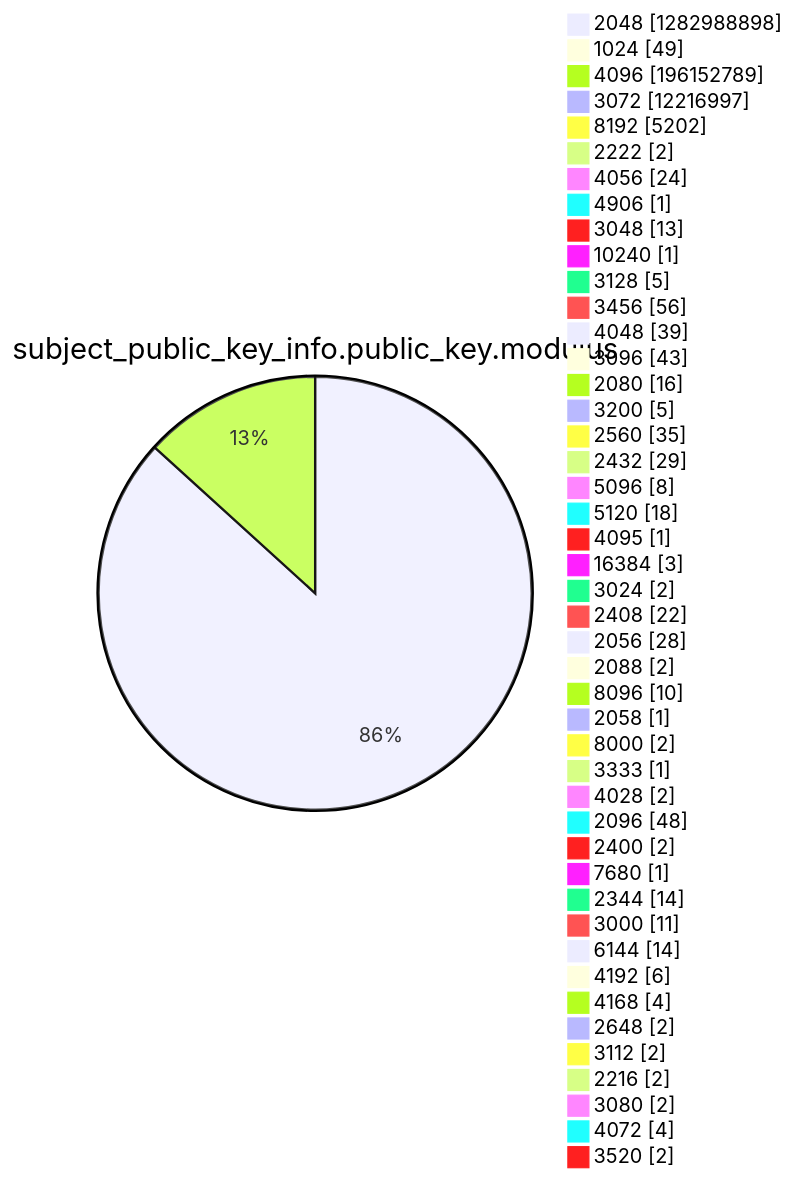
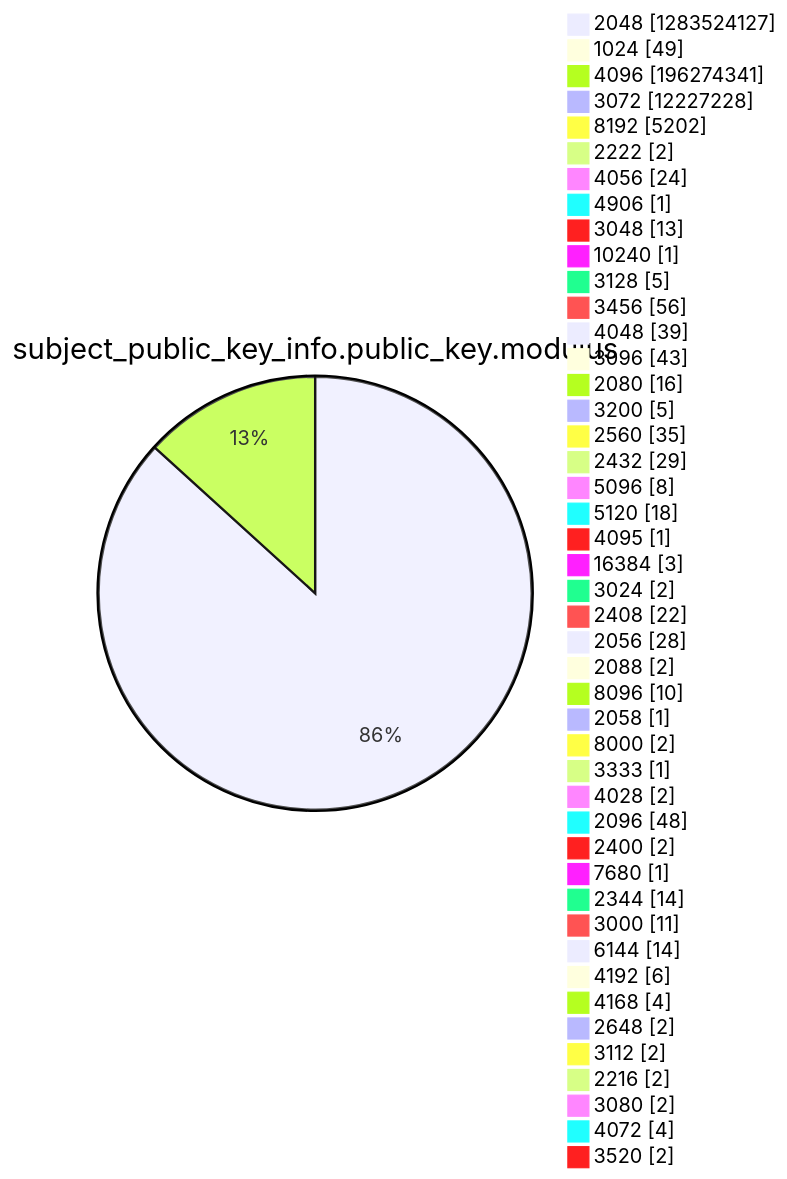
Diagram 13 of 15 in xenon2022/README.md (christiankrug/ctmonitor_visualization), drawn with Mermaid before and after one commit. The commit also changed other lines of this file, not shown here.

````diff
--- a/xenon2022/README.md
+++ b/xenon2022/README.md
@@ -3920,49 +3920,49 @@
 ```mermaid
 pie showData
 title subject_public_key_info.public_key.modulus
-"2048" :1282988898
+"2048" :1283524127
 "1024" :49
-"4096" :196152789
-"3072" :12216997
+"4096" :196274341
+"3072" :12227228
 "8192" :5202
 "2222" :2
 "4056" :24
 "4906" :1
 "3048" :13
 "10240" :1
 "3128" :5
 "3456" :56
 "4048" :39
 "3096" :43
 "2080" :16
 "3200" :5
 "2560" :35
 "2432" :29
 "5096" :8
 "5120" :18
 "4095" :1
 "16384" :3
 "3024" :2
 "2408" :22
 "2056" :28
 "2088" :2
 "8096" :10
 "2058" :1
 "8000" :2
 "3333" :1
 "4028" :2
 "2096" :48
 "2400" :2
 "7680" :1
 "2344" :14
 "3000" :11
 "6144" :14
 "4192" :6
 "4168" :4
 "2648" :2
 "3112" :2
 "2216" :2
 "3080" :2
 "4072" :4
 "3520" :2
 ```
````
